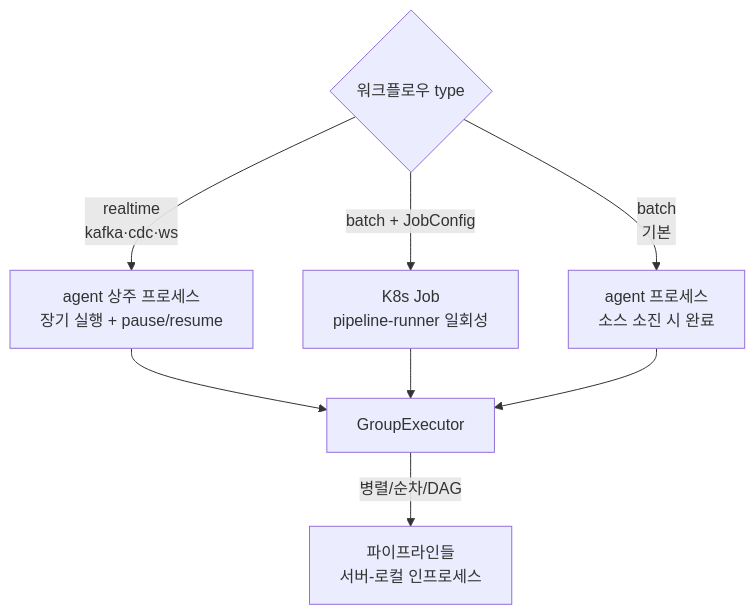
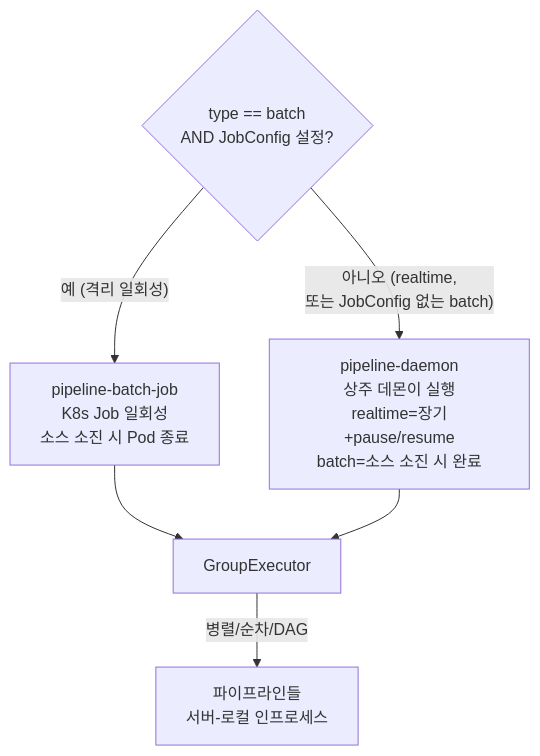
The fourth of 4 diagrams in docs/ARCHITECTURE.md (conduix/conduix), drawn with Mermaid before and after one commit. The commit also changed other lines of this file and 48 other files, not shown here.

First line of the commit message:
refactor: rename modules to reflect lifecycle (daemon vs batch-job)

````diff
--- a/docs/ARCHITECTURE.md
+++ b/docs/ARCHITECTURE.md
@@ -123,11 +147,9 @@
 ```mermaid
 flowchart TD
-    W{워크플로우 type}
-    W -->|realtime<br/>kafka·cdc·ws| AG[agent 상주 프로세스<br/>장기 실행 + pause/resume]
-    W -->|batch + JobConfig| KJ[K8s Job<br/>pipeline-runner 일회성]
-    W -->|batch<br/>기본| AG2[agent 프로세스<br/>소스 소진 시 완료]
-    AG --> GE[GroupExecutor]
-    KJ --> GE
-    AG2 --> GE
+    W{type == batch<br/>AND JobConfig 설정?}
+    W -->|"예 (격리 일회성)"| KJ["pipeline-batch-job<br/>K8s Job 일회성<br/>소스 소진 시 Pod 종료"]
+    W -->|"아니오 (realtime,<br/>또는 JobConfig 없는 batch)"| AG["pipeline-daemon<br/>상주 데몬이 실행<br/>realtime=장기+pause/resume<br/>batch=소스 소진 시 완료"]
+    KJ --> GE[GroupExecutor]
+    AG --> GE
     GE -->|병렬/순차/DAG| PIPE[파이프라인들<br/>서버-로컬 인프로세스]
 ```
````
